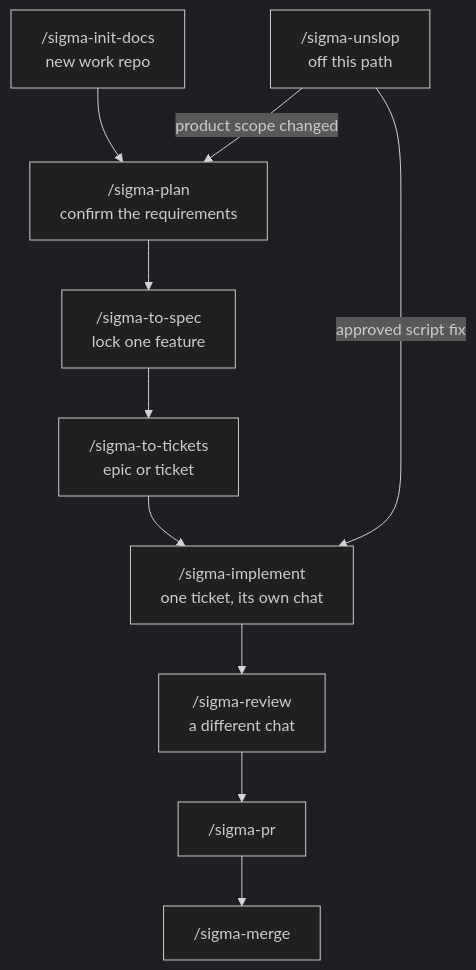
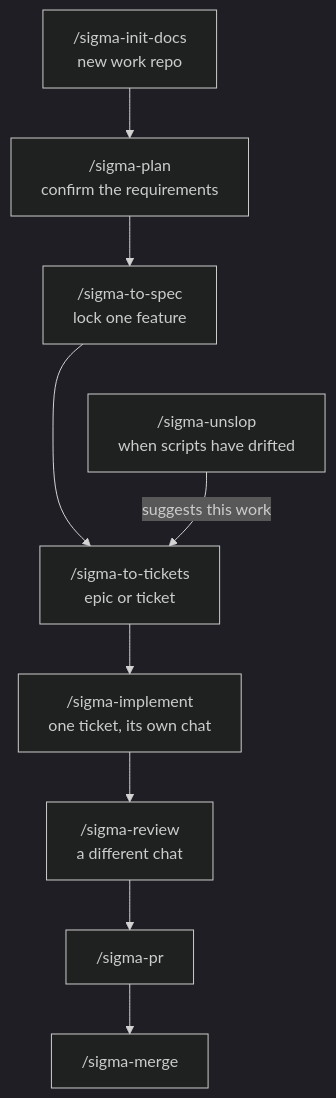
One commit to sigma-michael/sigma-build-factory changed the diagram in README.md. Above: the diagram before and after it, drawn with Mermaid (dark theme). The commit also changed other lines of this file and 6 other files, not shown here.

````diff
--- a/README.md
+++ b/README.md
@@ -42,13 +42,13 @@
 ```mermaid
 flowchart TD
   init["/sigma-init-docs<br/>new work repo"] --> plan["/sigma-plan<br/>confirm the requirements"]
   plan --> spec["/sigma-to-spec<br/>lock one feature"]
   spec --> tickets["/sigma-to-tickets<br/>epic or ticket"]
   tickets --> impl["/sigma-implement<br/>one ticket, its own chat"]
   impl --> review["/sigma-review<br/>a different chat"]
   review --> pr["/sigma-pr"]
   pr --> merge["/sigma-merge"]
 
-  drift["/sigma-unslop<br/>off this path"] -->|"approved script fix"| impl
-  drift -->|"product scope changed"| plan
+  spec ~~~ unslop["/sigma-unslop<br/>when scripts have drifted"]
+  unslop -->|"suggests this work"| tickets
 ```
````
